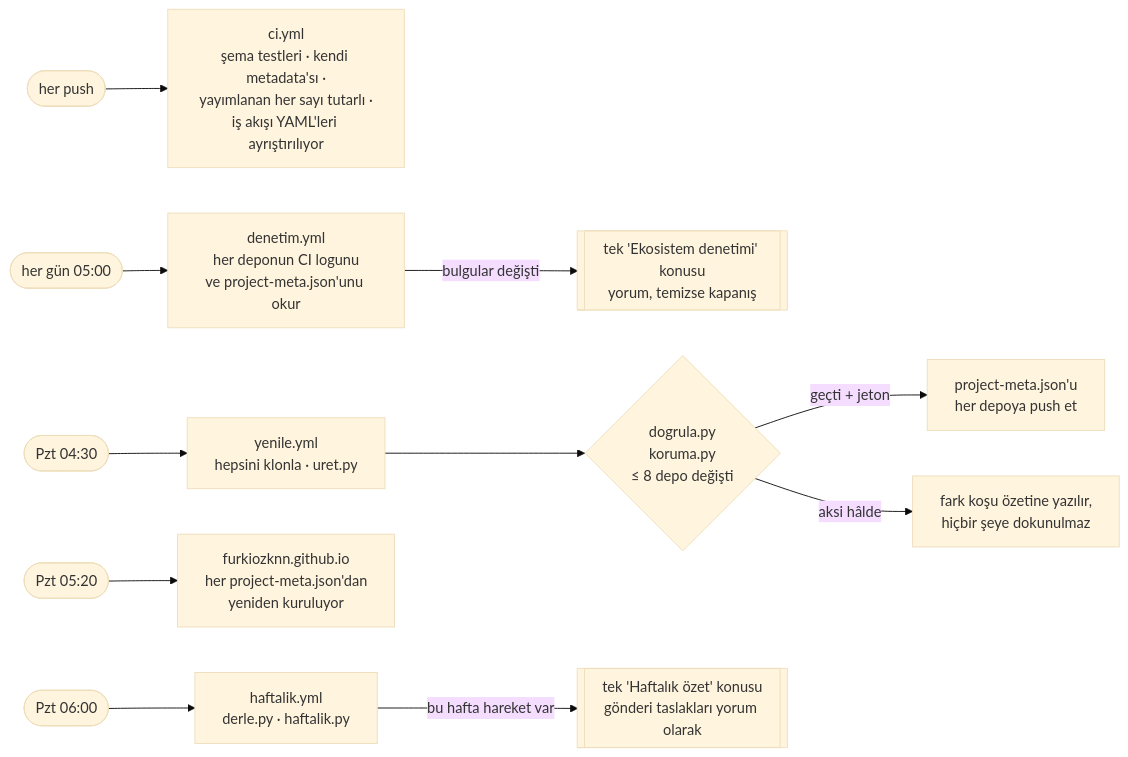
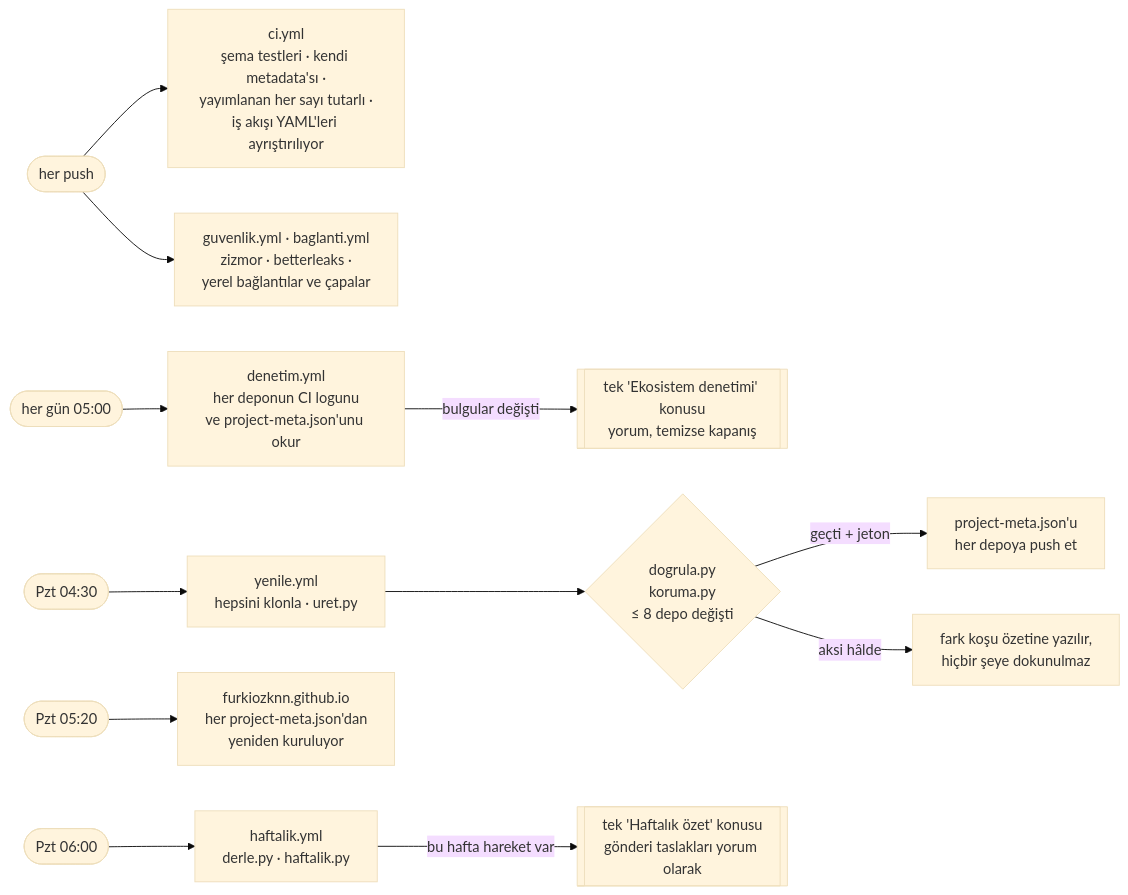
The diagram in README.tr.md (Furkiozknn/Furkiozknn), drawn with Mermaid (base theme) before and after one commit. The commit also changed other lines of this file and 11 other files, not shown here.

````diff
--- a/README.tr.md
+++ b/README.tr.md
@@ -178,17 +178,18 @@
 ```mermaid
 flowchart LR
   push(["her push"]) --> ci["ci.yml<br/>şema testleri · kendi metadata'sı ·<br/>yayımlanan her sayı tutarlı ·<br/>iş akışı YAML'leri ayrıştırılıyor"]
+  push --> gates["guvenlik.yml · baglanti.yml<br/>zizmor · betterleaks ·<br/>yerel bağlantılar ve çapalar"]
 
   daily(["her gün 05:00"]) --> den["denetim.yml<br/>her deponun CI logunu<br/>ve project-meta.json'unu okur"]
   den -->|"bulgular değişti"| issue1[["tek 'Ekosistem denetimi' konusu<br/>yorum, temizse kapanış"]]
 
   mon1(["Pzt 04:30"]) --> yen["yenile.yml<br/>hepsini klonla · uret.py"]
   yen --> gate{"dogrula.py<br/>koruma.py<br/>≤ 8 depo değişti"}
   gate -->|"geçti + jeton"| meta["project-meta.json'u<br/>her depoya push et"]
   gate -->|"aksi hâlde"| sum["fark koşu özetine yazılır,<br/>hiçbir şeye dokunulmaz"]
 
   mon2(["Pzt 05:20"]) --> site["furkiozknn.github.io<br/>her project-meta.json'dan<br/>yeniden kuruluyor"]
 
   mon3(["Pzt 06:00"]) --> hft["haftalik.yml<br/>derle.py · haftalik.py"]
   hft -->|"bu hafta hareket var"| issue2[["tek 'Haftalık özet' konusu<br/>gönderi taslakları yorum olarak"]]
 ```
````
